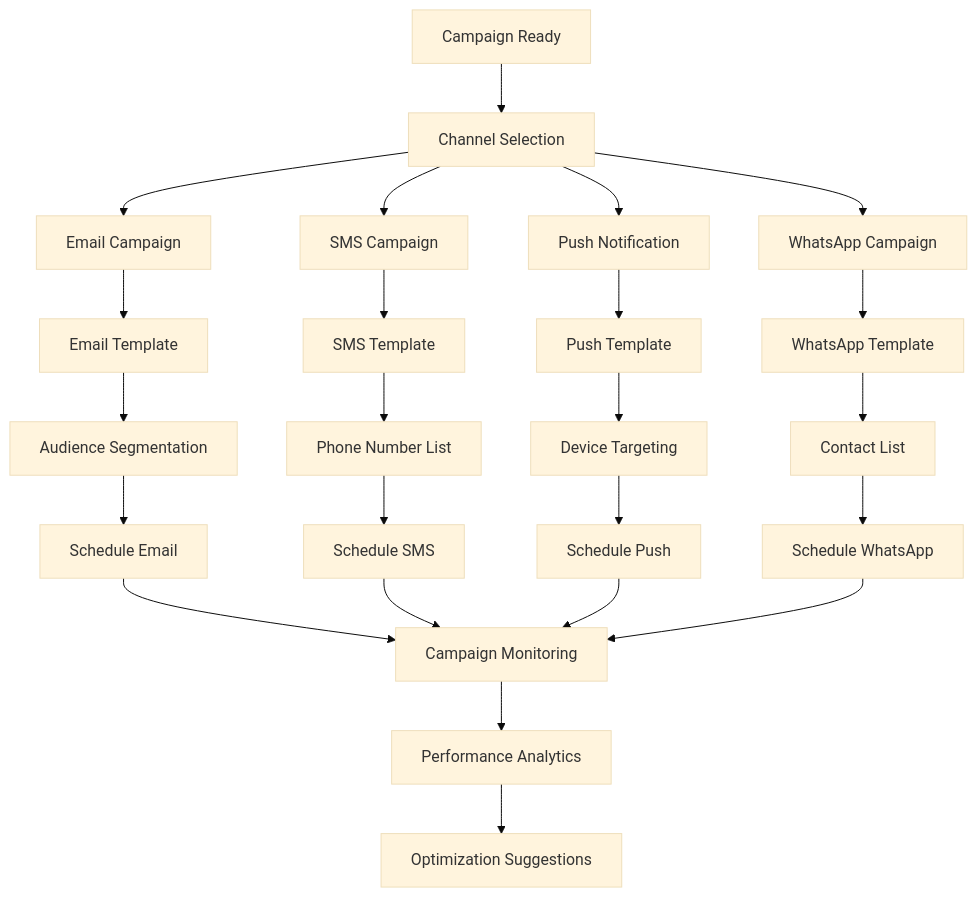
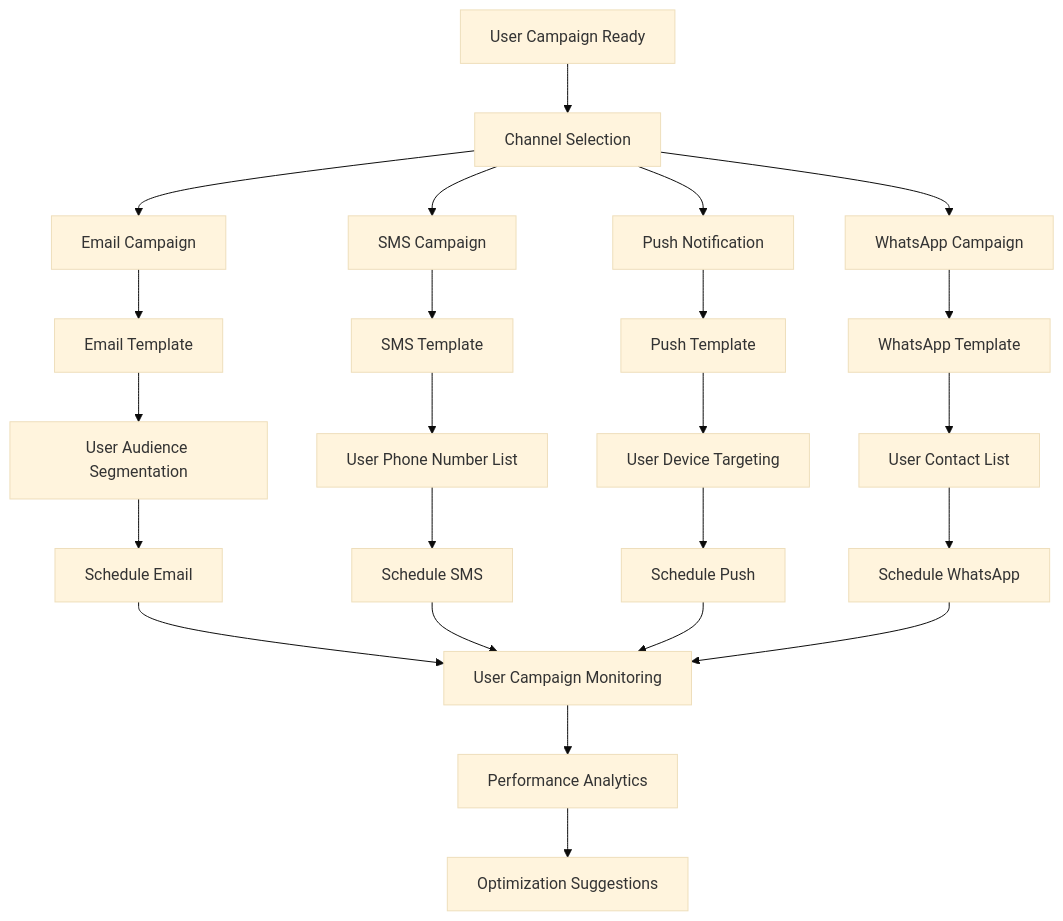
The fifth of 5 diagrams in docs/user-flow.md (sakibrahmanchy/markopolo-ai-fullstack-challenge), drawn with Mermaid (base theme) before and after one commit. The commit also changed other lines of this file and 1 other file, not shown here.

Commit message:
Documentation updates

````diff
--- a/docs/user-flow.md
+++ b/docs/user-flow.md
@@ -110,31 +109,31 @@
 ```mermaid
 flowchart TD
-    A[Campaign Ready] --> B[Channel Selection]
+    A[User Campaign Ready] --> B[Channel Selection]
     B --> C[Email Campaign]
     B --> D[SMS Campaign]
     B --> E[Push Notification]
     B --> F[WhatsApp Campaign]
     
     C --> G[Email Template]
-    G --> H[Audience Segmentation]
+    G --> H[User Audience Segmentation]
     H --> I[Schedule Email]
     
     D --> J[SMS Template]
-    J --> K[Phone Number List]
+    J --> K[User Phone Number List]
     K --> L[Schedule SMS]
     
     E --> M[Push Template]
-    M --> N[Device Targeting]
+    M --> N[User Device Targeting]
     N --> O[Schedule Push]
     
     F --> P[WhatsApp Template]
-    P --> Q[Contact List]
+    P --> Q[User Contact List]
     Q --> R[Schedule WhatsApp]
     
-    I --> S[Campaign Monitoring]
+    I --> S[User Campaign Monitoring]
     L --> S
     O --> S
     R --> S
     S --> T[Performance Analytics]
     T --> U[Optimization Suggestions]
 ```
````
